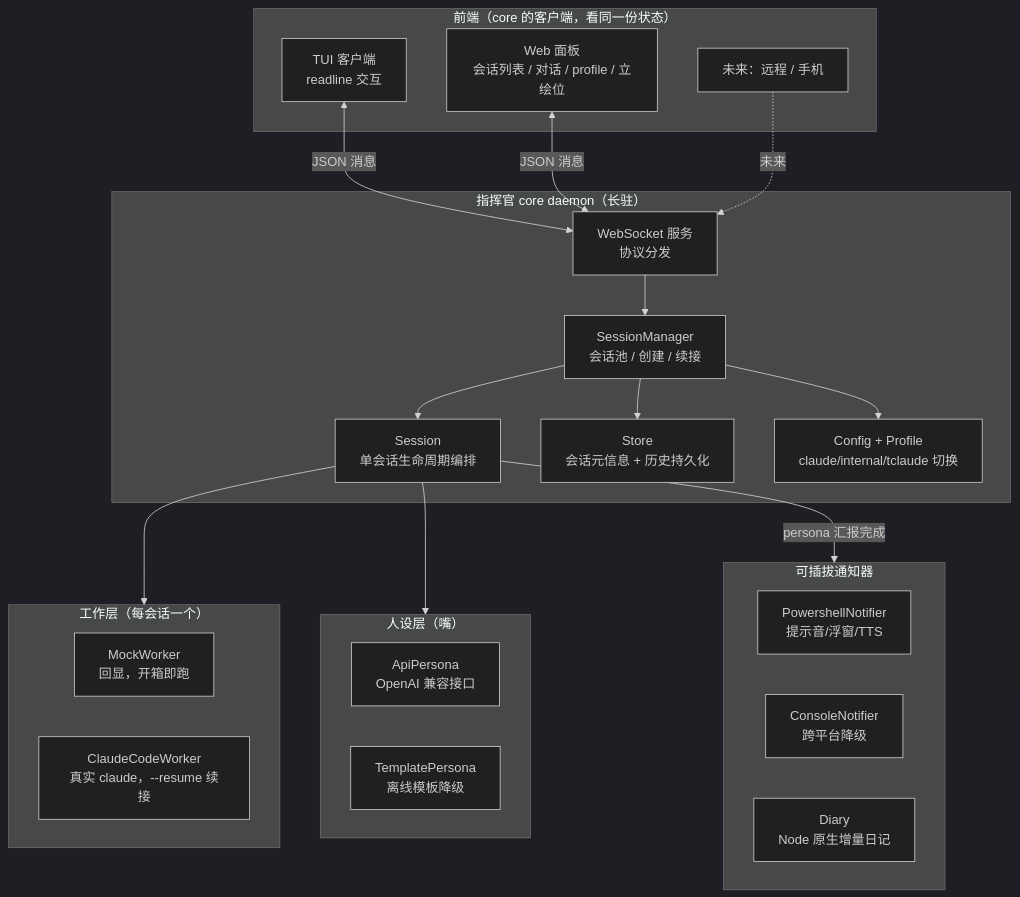
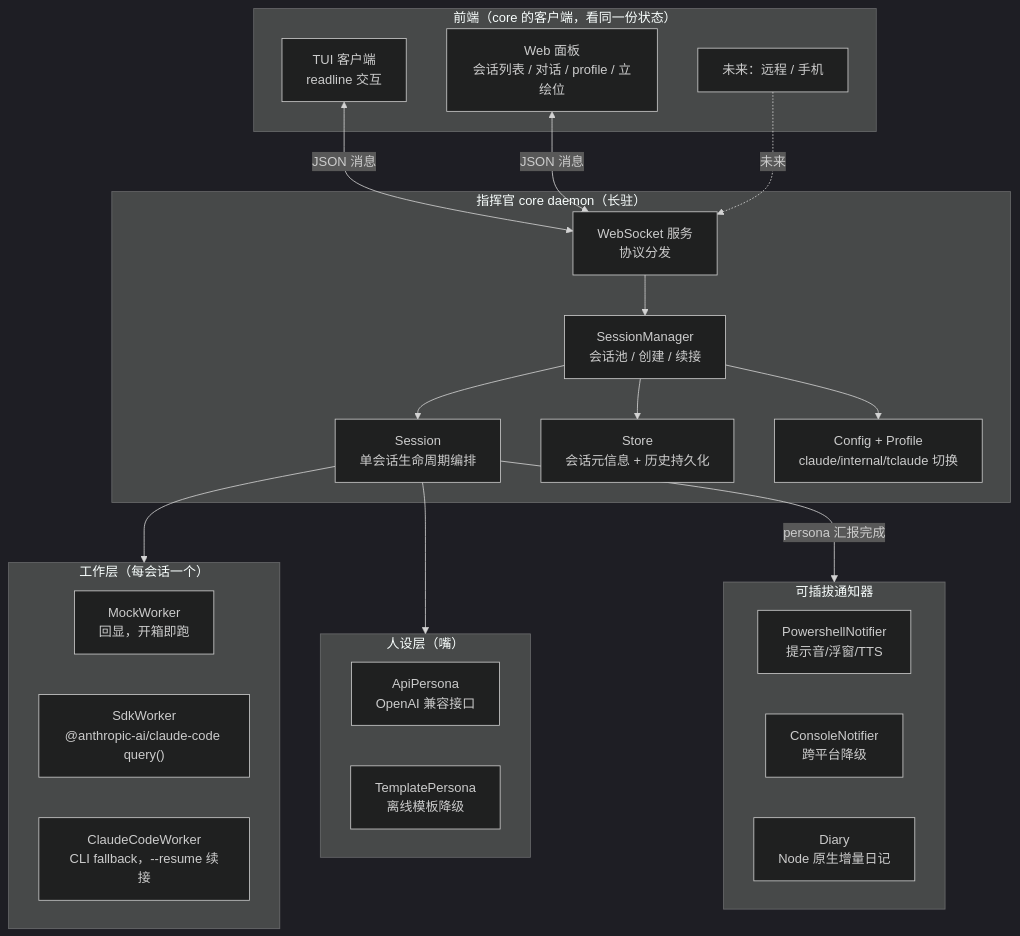
One commit to tobenot/majordomo changed the first of 2 diagrams in docs/architecture.md. Above: the diagram before and after it, drawn with Mermaid (dark theme). The commit also changed other lines of this file and 17 other files, not shown here.

````diff
--- a/docs/architecture.md
+++ b/docs/architecture.md
@@ -22,44 +22,45 @@
 ```mermaid
 graph TD
   subgraph Clients["前端（core 的客户端，看同一份状态）"]
     TUI["TUI 客户端<br/>readline 交互"]
     WEB["Web 面板<br/>会话列表 / 对话 / profile / 立绘位"]
     REMOTE["未来：远程 / 手机"]
   end
 
   subgraph Core["指挥官 core daemon（长驻）"]
     WS["WebSocket 服务<br/>协议分发"]
     SM["SessionManager<br/>会话池 / 创建 / 续接"]
     SESS["Session<br/>单会话生命周期编排"]
     STORE["Store<br/>会话元信息 + 历史持久化"]
     CFG["Config + Profile<br/>claude/internal/tclaude 切换"]
   end
 
   subgraph Worker["工作层（每会话一个）"]
     MOCK["MockWorker<br/>回显，开箱即跑"]
-    CC["ClaudeCodeWorker<br/>真实 claude，--resume 续接"]
+    SDK["SdkWorker<br/>@anthropic-ai/claude-code query()"]
+    CC["ClaudeCodeWorker<br/>CLI fallback，--resume 续接"]
   end
 
   subgraph Persona["人设层（嘴）"]
     API["ApiPersona<br/>OpenAI 兼容接口"]
     TPL["TemplatePersona<br/>离线模板降级"]
   end
 
   subgraph Notify["可插拔通知器"]
     PS["PowershellNotifier<br/>提示音/浮窗/TTS"]
     CON["ConsoleNotifier<br/>跨平台降级"]
     DIARY["Diary<br/>Node 原生增量日记"]
   end
 
   TUI <-->|JSON 消息| WS
   WEB <-->|JSON 消息| WS
   REMOTE -.未来.-> WS
 
   WS --> SM
   SM --> SESS
   SM --> STORE
   SM --> CFG
   SESS --> Worker
   SESS --> Persona
   SESS -->|persona 汇报完成| Notify
 ```
````
